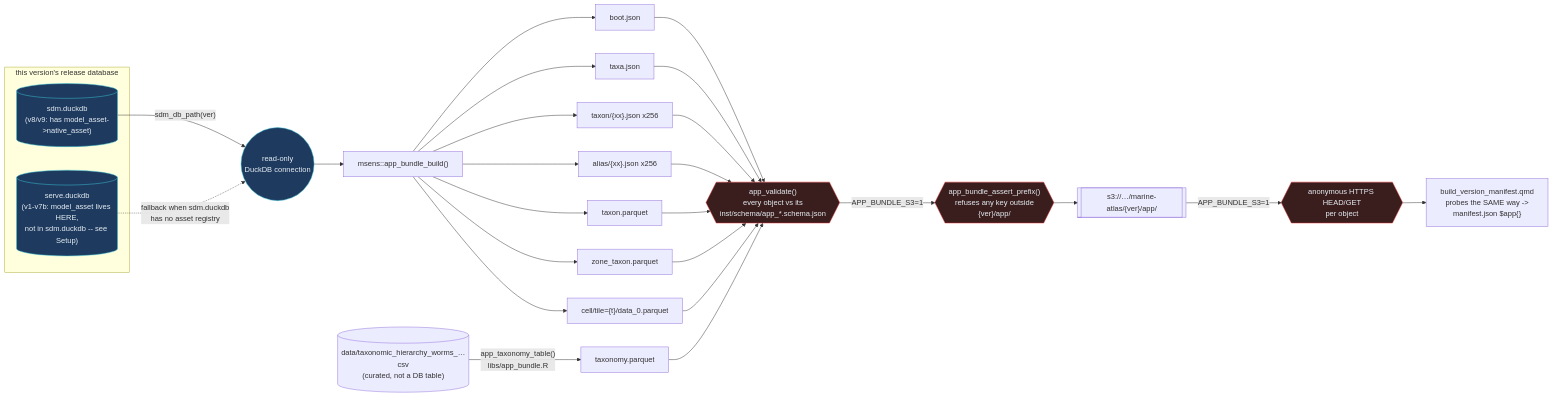
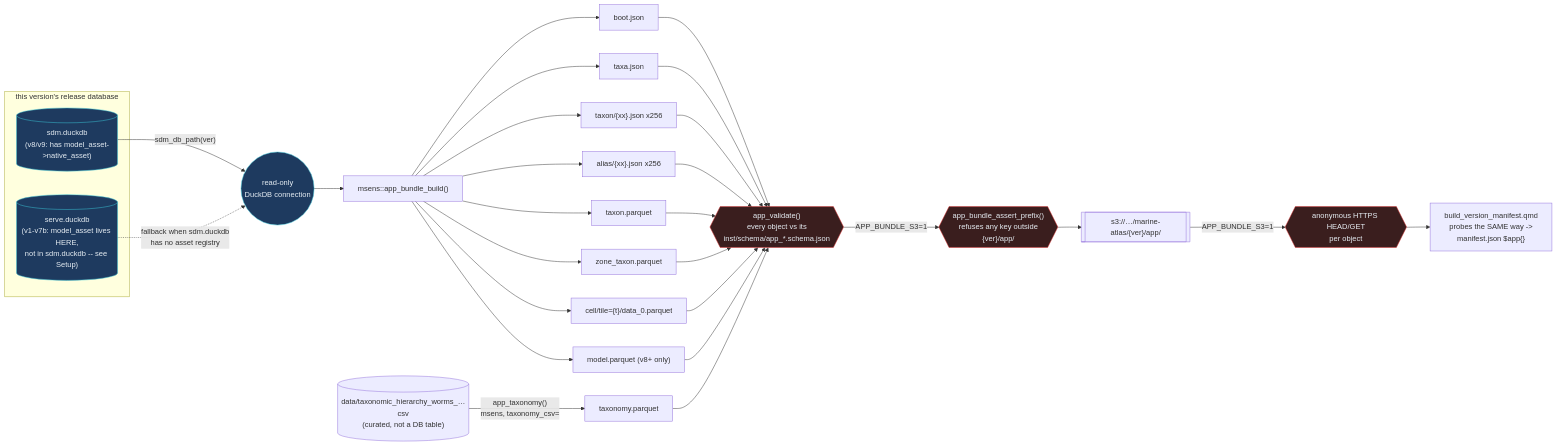
The diagram in build_app_bundle.qmd (MarineSensitivity/workflows), drawn with Mermaid before and after one commit. The commit also changed other lines of this file and 13 other files, not shown here.

````diff
--- a/build_app_bundle.qmd
+++ b/build_app_bundle.qmd
@@ -91,30 +101,31 @@
 ```{mermaid}
 %%| label: fig-design
 %%| fig-cap: "One release database -> app_bundle_build() -> {ver}/app/, validated before it is ever written to S3"
 flowchart LR
   subgraph src["this version's release database"]
     sdm[("sdm.duckdb<br/>(v8/v9: has model_asset->native_asset)")]
     srv[("serve.duckdb<br/>(v1-v7b: model_asset lives HERE,<br/>not in sdm.duckdb -- see Setup)")]
   end
   sdm -->|"sdm_db_path(ver)"| con(("read-only<br/>DuckDB connection"))
   srv -.->|"fallback when sdm.duckdb<br/>has no asset registry"| con
   con --> abb["msens::app_bundle_build()"]
   abb --> boot["boot.json"]
   abb --> taxa["taxa.json"]
   abb --> tsh["taxon/{xx}.json x256"]
   abb --> alsh["alias/{xx}.json x256"]
   abb --> txp["taxon.parquet"]
   abb --> ztp["zone_taxon.parquet"]
   abb --> cell["cell/tile={t}/data_0.parquet"]
-  csv[("data/taxonomic_hierarchy_worms_…csv<br/>(curated, not a DB table)")] -->|"app_taxonomy_table()<br/>libs/app_bundle.R"| txm["taxonomy.parquet"]
-  boot & taxa & tsh & alsh & txp & ztp & cell & txm --> val{{"app_validate()<br/>every object vs its<br/>inst/schema/app_*.schema.json"}}
+  csv[("data/taxonomic_hierarchy_worms_…csv<br/>(curated, not a DB table)")] -->|"app_taxonomy()<br/>msens, taxonomy_csv="| txm["taxonomy.parquet"]
+  abb --> mdl["model.parquet (v8+ only)"]
+  boot & taxa & tsh & alsh & txp & ztp & cell & txm & mdl --> val{{"app_validate()<br/>every object vs its<br/>inst/schema/app_*.schema.json"}}
   val -->|"APP_BUNDLE_S3=1"| grd{{"app_bundle_assert_prefix()<br/>refuses any key outside<br/>{ver}/app/"}}
   grd --> s3[["s3://…/marine-atlas/{ver}/app/"]]
   s3 -->|"APP_BUNDLE_S3=1"| anon{{"anonymous HTTPS HEAD/GET<br/>per object"}}
   anon --> mfst["build_version_manifest.qmd<br/>probes the SAME way -><br/>manifest.json $app{}"]
 
   classDef gate fill:#3a1e1e,stroke:#e03131,color:#e6edf3;
   classDef db fill:#1e3a5f,stroke:#3bc9db,color:#e6edf3;
   class val,grd,anon gate;
   class sdm,srv,con db;
 ```
````
